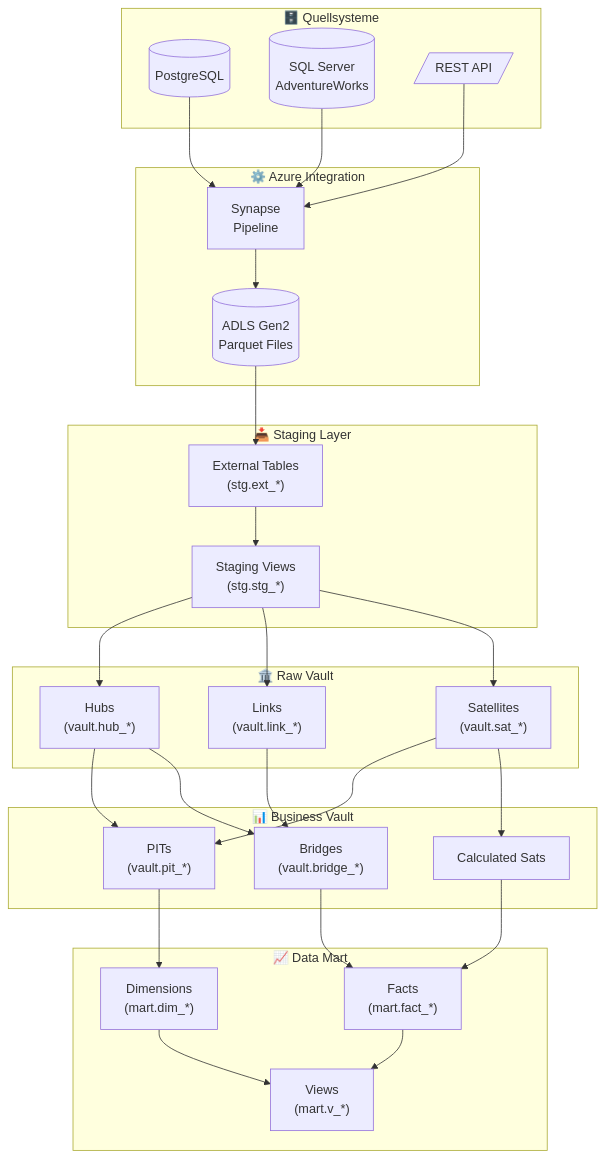
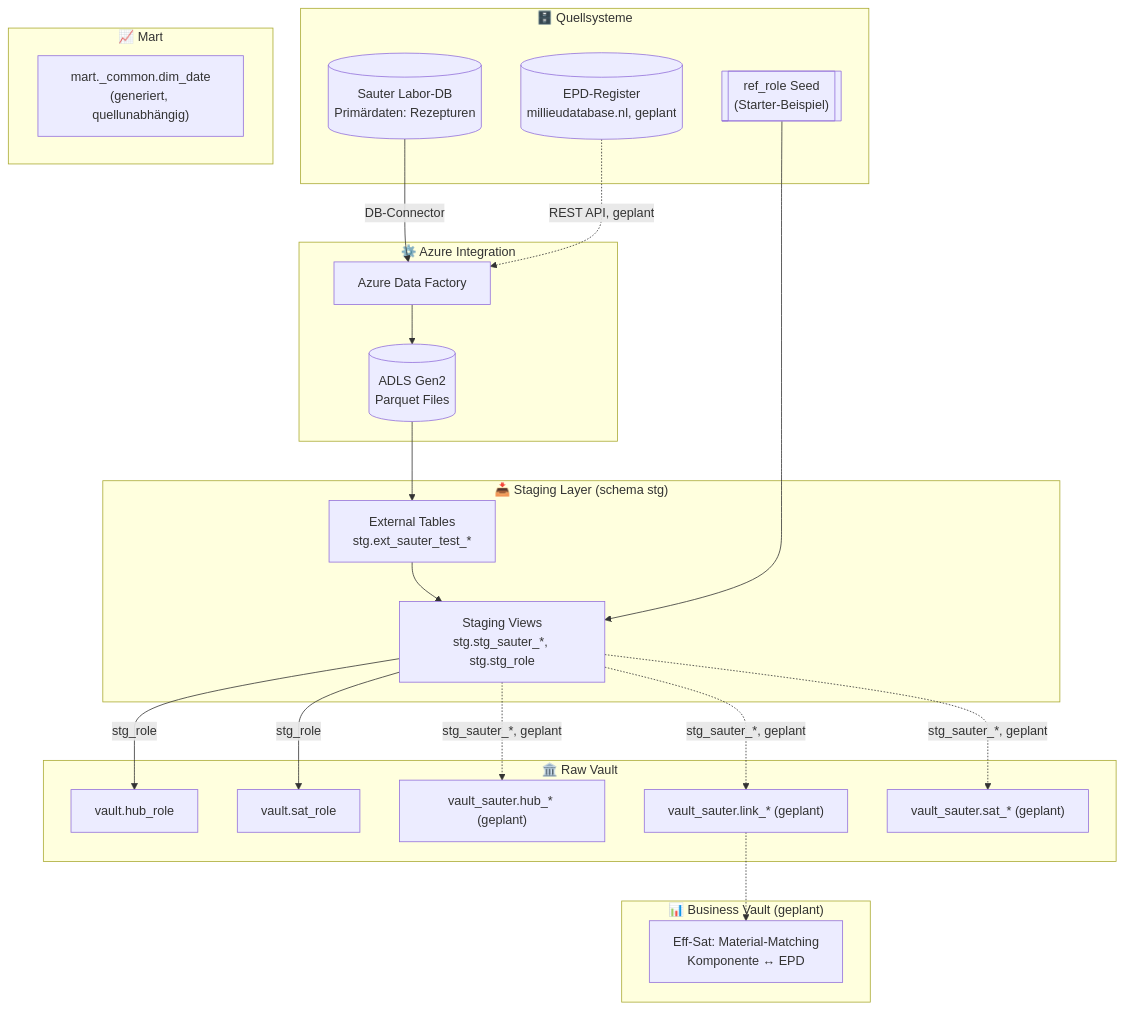
Before and after one commit to fellnerd/ppmc-datavault-dbt: the first of 3 diagrams in design/data-flow/end_to_end.md, drawn with Mermaid. The commit also changed other lines of this file and 7 other files, not shown here.

First line of the commit message:
Add source mapping example, new PDF documents, SQL runner macro, and ODBC setup script

````diff
--- a/design/data-flow/end_to_end.md
+++ b/design/data-flow/end_to_end.md
@@ -5,61 +5,50 @@
 ```mermaid
 flowchart TB
     subgraph Sources["🗄️ Quellsysteme"]
-        PG[(PostgreSQL<br/><source_system>)]
-        AW[(SQL Server<br/>AdventureWorks)]
-        API[/REST API<br/><concept>/]
+        SAUTER[(Sauter Labor-DB<br/>Primärdaten: Rezepturen)]
+        EPD[(EPD-Register<br/>millieudatabase.nl, geplant)]
+        SEED[["ref_role Seed<br/>(Starter-Beispiel)"]]
     end
-    
+
     subgraph Integration["⚙️ Azure Integration"]
-        SYN[Synapse<br/>Pipeline]
+        ADF[Azure Data Factory]
         ADLS[("ADLS Gen2<br/>Parquet Files")]
     end
-    
-    subgraph Staging["📥 Staging Layer"]
-        EXT["External Tables<br/>(stg.ext_*)"]
-        STG["Staging Views<br/>(stg.stg_*)"]
+
+    subgraph Staging["📥 Staging Layer (schema stg)"]
+        EXT["External Tables<br/>stg.ext_sauter_test_*"]
+        STG["Staging Views<br/>stg.stg_sauter_*, stg.stg_role"]
     end
-    
+
     subgraph RawVault["🏛️ Raw Vault"]
-        HUBS["Hubs<br/>(vault.hub_*)"]
-        LINKS["Links<br/>(vault.link_*)"]
-        SATS["Satellites<br/>(vault.sat_*)"]
+        HUBS_C["vault.hub_role"]
+        SATS_C["vault.sat_role"]
+        HUBS_S["vault_sauter.hub_* (geplant)"]
+        LINKS_S["vault_sauter.link_* (geplant)"]
+        SATS_S["vault_sauter.sat_* (geplant)"]
     end
-    
-    subgraph BusinessVault["📊 Business Vault"]
-        PITS["PITs<br/>(vault.pit_*)"]
-        BRIDGES["Bridges<br/>(vault.bridge_*)"]
-        CALC["Calculated Sats"]
+
+    subgraph BusinessVault["📊 Business Vault (geplant)"]
+        EFFSAT["Eff-Sat: Material-Matching<br/>Komponente ↔ EPD"]
     end
-    
-    subgraph Mart["📈 Data Mart"]
-        DIM["Dimensions<br/>(mart.dim_*)"]
-        FACT["Facts<br/>(mart.fact_*)"]
-        VIEWS["Views<br/>(mart.v_*)"]
+
+    subgraph Mart["📈 Mart"]
+        DIMDATE["mart._common.dim_date<br/>(generiert, quellunabhängig)"]
     end
-    
-    %% Connections
-    PG --> SYN
-    AW --> SYN
-    API --> SYN
-    SYN --> ADLS
-    
+
+    SAUTER -->|DB-Connector| ADF
+    EPD -.->|REST API, geplant| ADF
+    ADF --> ADLS
     ADLS --> EXT
     EXT --> STG
-    
-    STG --> HUBS
-    STG --> LINKS
-    STG --> SATS
-    
-    HUBS --> PITS
-    SATS --> PITS
-    LINKS --> BRIDGES
-    HUBS --> BRIDGES
-    SATS --> CALC
-    
-    PITS --> DIM
-    BRIDGES --> FACT
-    CALC --> FACT
-    DIM --> VIEWS
-    FACT --> VIEWS
+
+    SEED --> STG
+
+    STG -->|stg_role| HUBS_C
+    STG -->|stg_role| SATS_C
+    STG -.->|stg_sauter_*, geplant| HUBS_S
+    STG -.->|stg_sauter_*, geplant| LINKS_S
+    STG -.->|stg_sauter_*, geplant| SATS_S
+
+    LINKS_S -.-> EFFSAT
 ```
````
